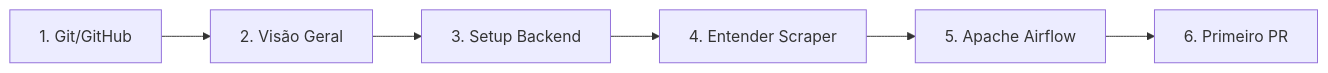
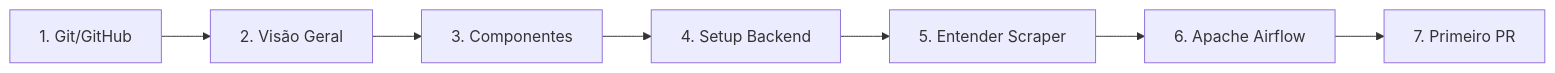
One commit to destaquesgovbr/docs changed the first of 3 diagrams in docs/onboarding/roteiro-onboarding.md. Above: the diagram before and after it, drawn with Mermaid. The commit also changed other lines of this file and 14 other files, not shown here.

````diff
--- a/docs/onboarding/roteiro-onboarding.md
+++ b/docs/onboarding/roteiro-onboarding.md
@@ -48,8 +48,9 @@
 ```mermaid
 flowchart LR
     A[1. Git/GitHub] --> B[2. Visão Geral]
-    B --> C[3. Setup Backend]
-    C --> D[4. Entender Scraper]
-    D --> E[5. Apache Airflow]
-    E --> F[6. Primeiro PR]
+    B --> B2[3. Componentes]
+    B2 --> C[4. Setup Backend]
+    C --> D[5. Entender Scraper]
+    D --> E[6. Apache Airflow]
+    E --> F[7. Primeiro PR]
 ```
````
